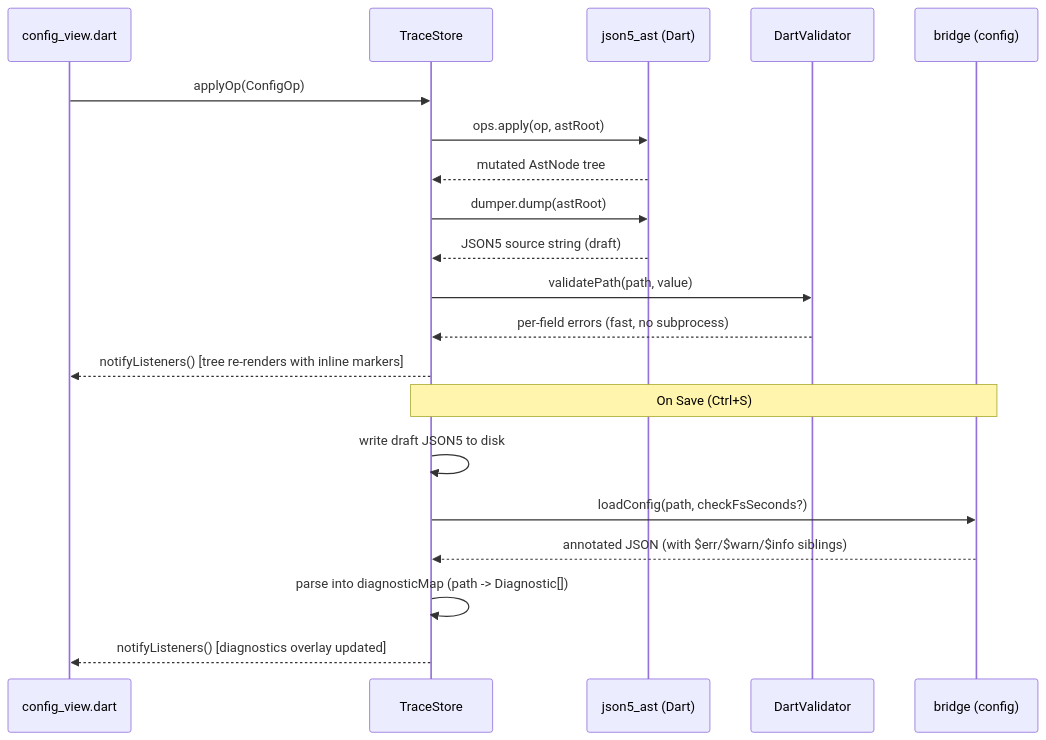
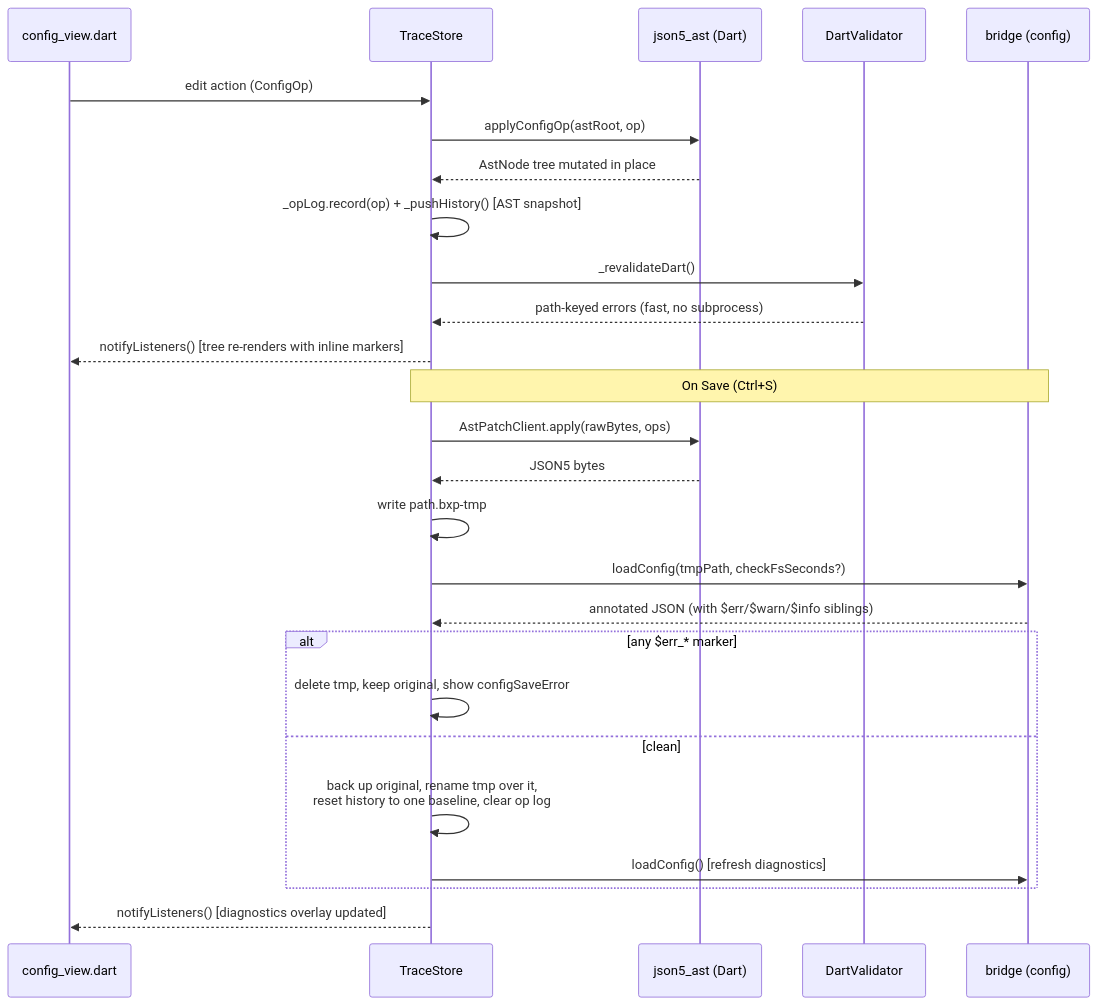
One commit to zaxified/bxp changed the seventh of 10 diagrams in docs/dev/architecture/gui.md. Above: the diagram before and after it, drawn with Mermaid. The commit also changed other lines of this file and 53 other files, not shown here.

````diff
--- a/docs/dev/architecture/gui.md
+++ b/docs/dev/architecture/gui.md
@@ -394,24 +397,30 @@
 ```mermaid
 sequenceDiagram
     participant UI as config_view.dart
     participant TS as TraceStore
     participant AST as json5_ast (Dart)
     participant DV as DartValidator
     participant FMT as bridge (config)
 
-    UI->>TS: applyOp(ConfigOp)
-    TS->>AST: ops.apply(op, astRoot)
-    AST-->>TS: mutated AstNode tree
-    TS->>AST: dumper.dump(astRoot)
-    AST-->>TS: JSON5 source string (draft)
-    TS->>DV: validatePath(path, value)
-    DV-->>TS: per-field errors (fast, no subprocess)
+    UI->>TS: edit action (ConfigOp)
+    TS->>AST: applyConfigOp(astRoot, op)
+    AST-->>TS: AstNode tree mutated in place
+    TS->>TS: _opLog.record(op) + _pushHistory() [AST snapshot]
+    TS->>DV: _revalidateDart()
+    DV-->>TS: path-keyed errors (fast, no subprocess)
     TS-->>UI: notifyListeners() [tree re-renders with inline markers]
 
     Note over TS,FMT: On Save (Ctrl+S)
-    TS->>TS: write draft JSON5 to disk
-    TS->>FMT: loadConfig(path, checkFsSeconds?)
+    TS->>AST: AstPatchClient.apply(rawBytes, ops)
+    AST-->>TS: JSON5 bytes
+    TS->>TS: write path.bxp-tmp
+    TS->>FMT: loadConfig(tmpPath, checkFsSeconds?)
     FMT-->>TS: annotated JSON (with $err/$warn/$info siblings)
-    TS->>TS: parse into diagnosticMap (path -> Diagnostic[])
+    alt any $err_* marker
+        TS->>TS: delete tmp, keep original, show configSaveError
+    else clean
+        TS->>TS: back up original, rename tmp over it,<br/>reset history to one baseline, clear op log
+        TS->>FMT: loadConfig() [refresh diagnostics]
+    end
     TS-->>UI: notifyListeners() [diagnostics overlay updated]
 ```
````
